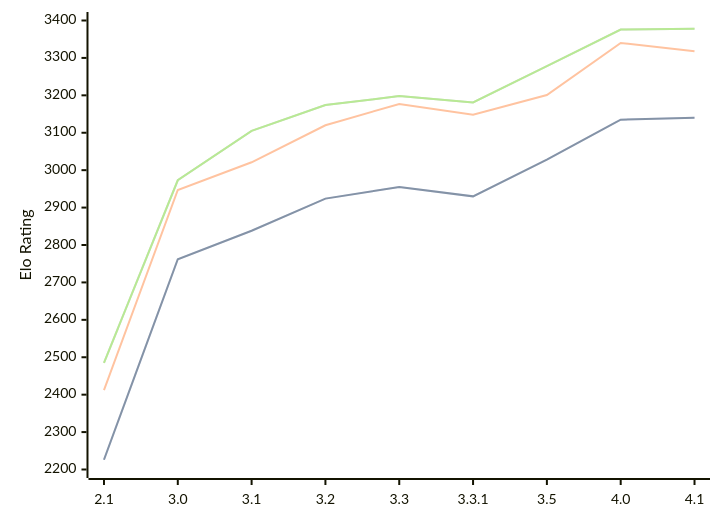
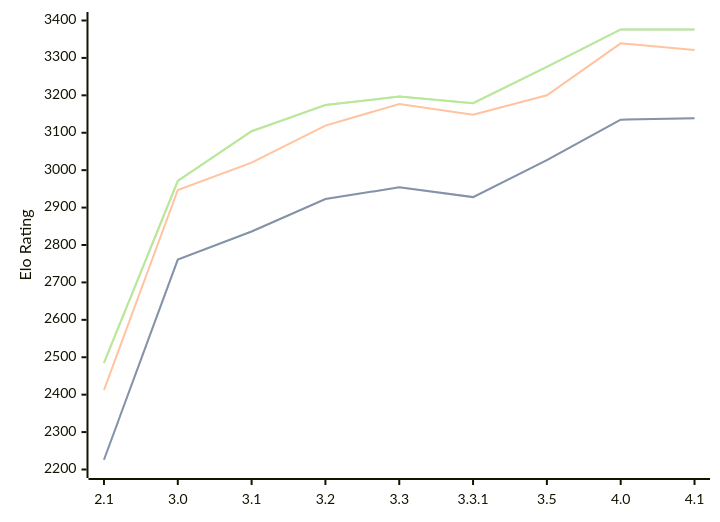
Before and after one commit to computer-chess-index/cci: the diagram in engines/Petrel.md, drawn with Mermaid. The commit also changed other lines of this file, not shown here.

Commit message:
Update CCI Ratings (ELO VLTC) - 2026-10-01

````diff
--- a/engines/Petrel.md
+++ b/engines/Petrel.md
@@ -39,11 +39,11 @@
 ```mermaid
 %%{init: {"theme":"base","themeVariables":{"seriesColors:['#a3a3a3','#222221','#faa371']}}}%%
 xychart-beta
   x-axis ["2.1", "3.0", "3.1", "3.2", "3.3", "3.3.1", "3.5", "4.0", "4.1"]
   y-axis "Elo Rating" 2200 --> 3400
-  line "" [2226, 2762, 2838, 2924, 2955, 2930, 3028, 3135, 3140]
-  line "STC (8.0+0.08s)" [2226, 2762, 2838, 2924, 2955, 2930, 3028, 3135, 3140]
-  line "LTC (60.0+0.60s)" [2412, 2947, 3021, 3120, 3177, 3148, 3201, 3340, 3318]
-  line "" [2485, 2973, 3105, 3174, 3198, 3181, 3278, 3376, 3378]
-  line "VLTC (2m24s+1.12s)" [2485, 2973, 3105, 3174, 3198, 3181, 3278, 3376, 3378]
+  line "" [2226, 2761, 2836, 2923, 2954, 2928, 3027, 3135, 3139]
+  line "STC (8.0+0.08s)" [2226, 2761, 2836, 2923, 2954, 2928, 3027, 3135, 3139]
+  line "LTC (60.0+0.60s)" [2412, 2947, 3020, 3119, 3177, 3148, 3200, 3339, 3321]
+  line "" [2485, 2971, 3104, 3174, 3197, 3179, 3276, 3376, 3376]
+  line "VLTC (2m24s+1.12s)" [2485, 2971, 3104, 3174, 3197, 3179, 3276, 3376, 3376]
 ```
````
